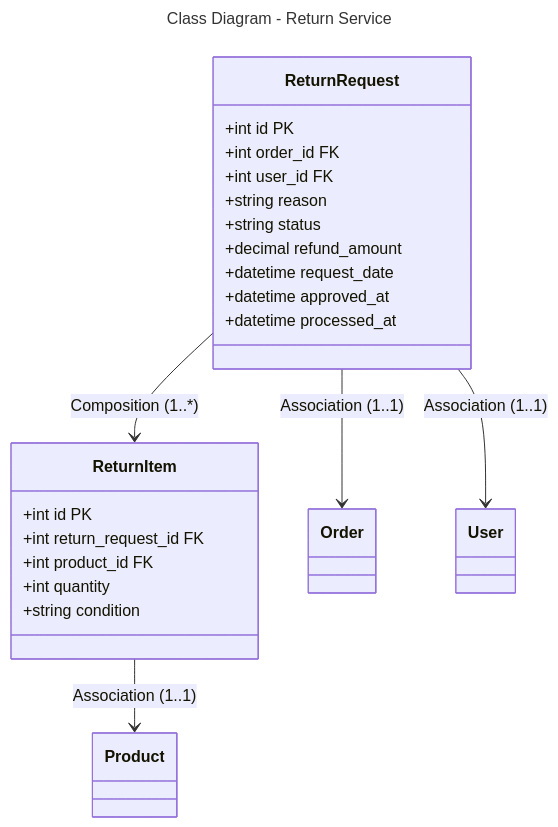
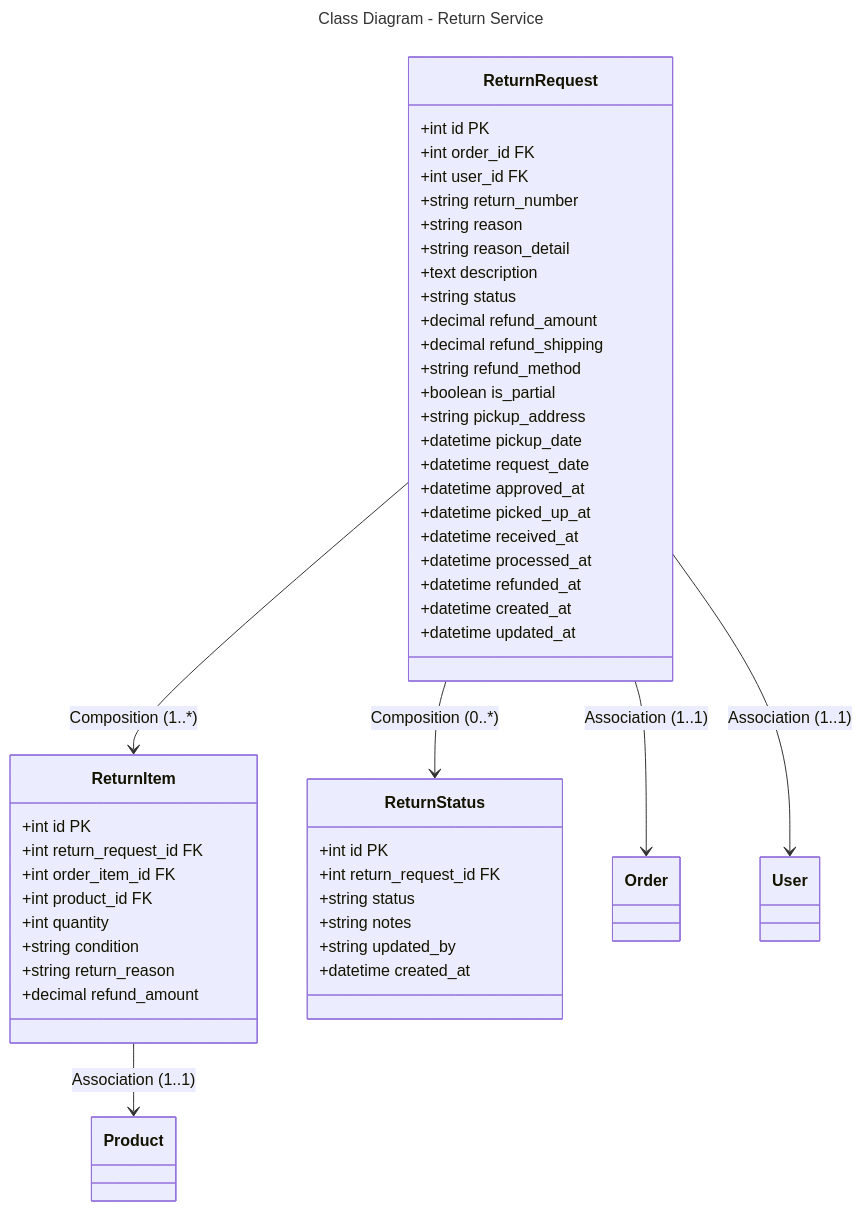
The diagram in docs/diagrams/class/return-service.md (Trannaaanhh/ecom), drawn with Mermaid before and after one commit. The commit also changed other lines of this file and 10 other files, not shown here.

Commit message:
update diagrams

````diff
--- a/docs/diagrams/class/return-service.md
+++ b/docs/diagrams/class/return-service.md
@@ -1,30 +1,56 @@
 ```mermaid
 ---
 title: Class Diagram - Return Service
 ---
 classDiagram
     class ReturnRequest {
         +int id PK
         +int order_id FK
         +int user_id FK
+        +string return_number
         +string reason
+        +string reason_detail
+        +text description
         +string status
         +decimal refund_amount
+        +decimal refund_shipping
+        +string refund_method
+        +boolean is_partial
+        +string pickup_address
+        +datetime pickup_date
         +datetime request_date
         +datetime approved_at
+        +datetime picked_up_at
+        +datetime received_at
         +datetime processed_at
+        +datetime refunded_at
+        +datetime created_at
+        +datetime updated_at
     }
     
     class ReturnItem {
         +int id PK
         +int return_request_id FK
+        +int order_item_id FK
         +int product_id FK
         +int quantity
         +string condition
+        +string return_reason
+        +decimal refund_amount
+    }
+    
+    class ReturnStatus {
+        +int id PK
+        +int return_request_id FK
+        +string status
+        +string notes
+        +string updated_by
+        +datetime created_at
     }
     
     ReturnRequest --> ReturnItem : Composition (1..*)
+    ReturnRequest --> ReturnStatus : Composition (0..*)
     ReturnRequest --> Order : Association (1..1)
     ReturnRequest --> User : Association (1..1)
     ReturnItem --> Product : Association (1..1)
 ```
````
